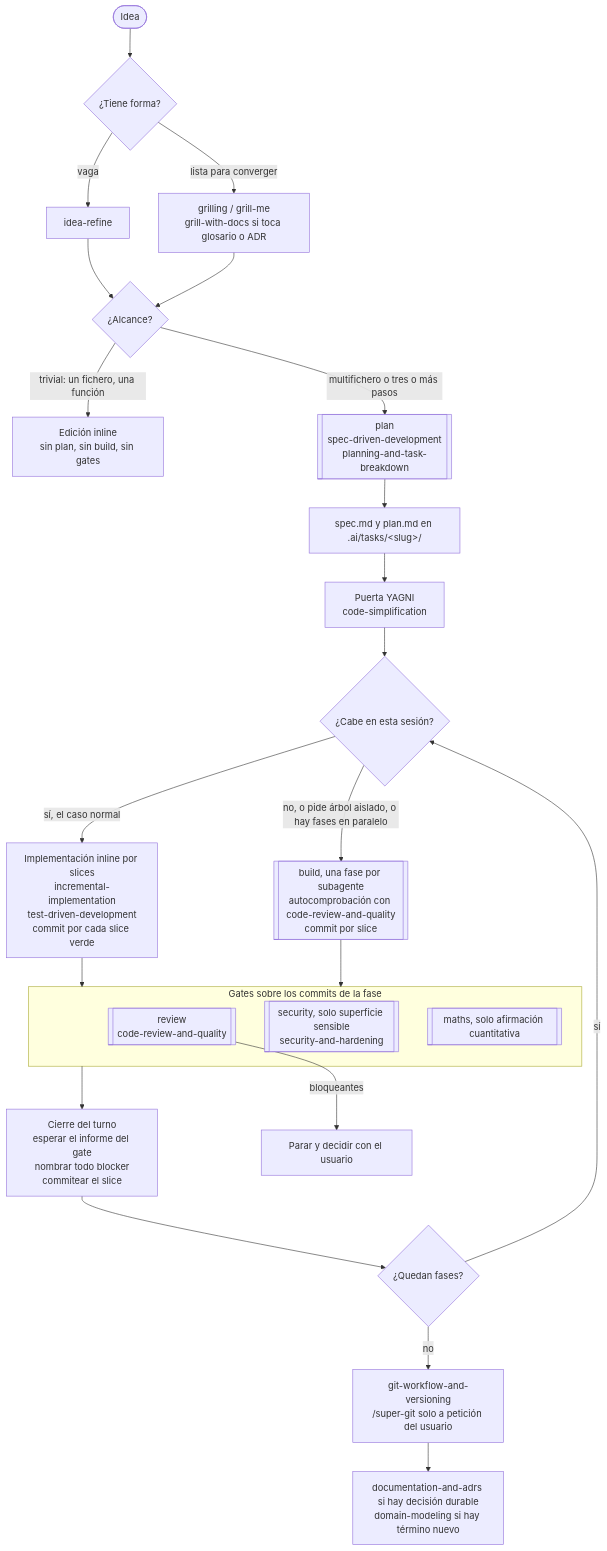
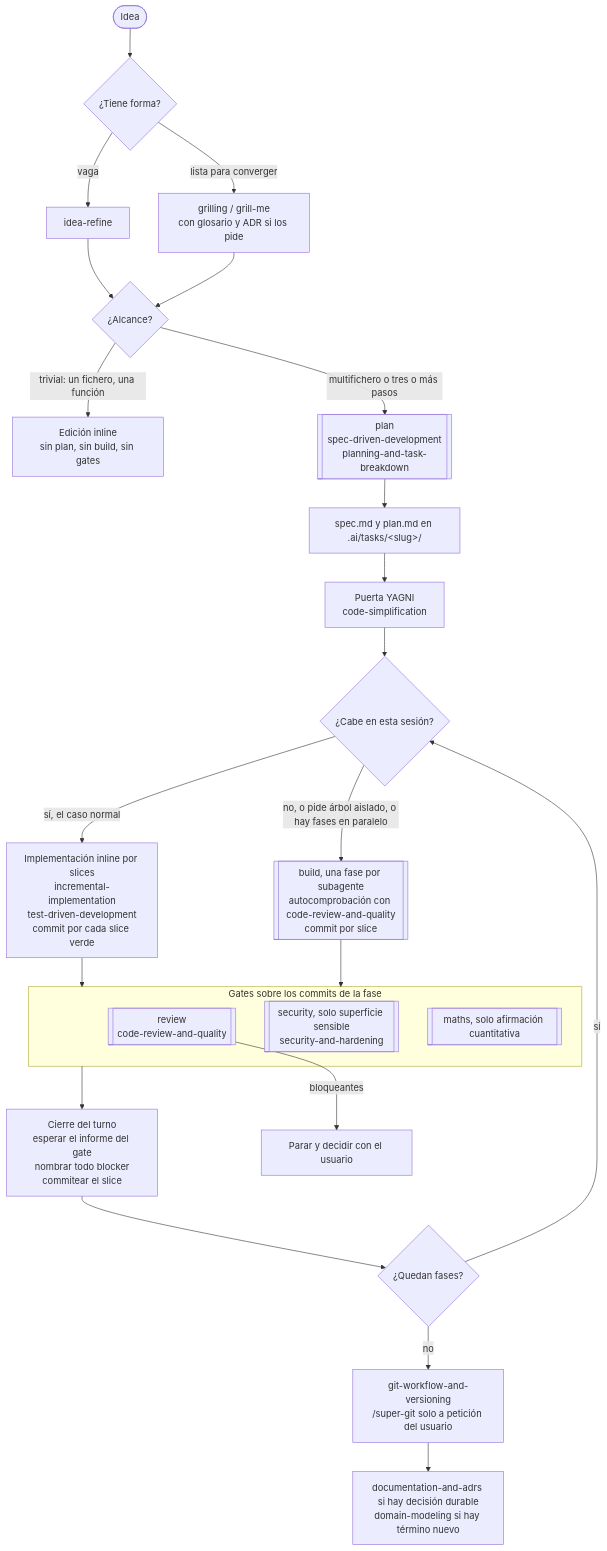
One commit to PabloCoello/dotmesh changed the diagram in docs/FLUJO-MAKER.md. Above: the diagram before and after it, drawn with Mermaid. The commit also changed 6 other files, not shown here.

First line of the commit message:
refactor(skills): integra grill-with-docs en grilling

````diff
--- a/docs/FLUJO-MAKER.md
+++ b/docs/FLUJO-MAKER.md
@@ -15,28 +15,28 @@
 ```mermaid
 flowchart TD
     idea(["Idea"]) --> forma{"¿Tiene forma?"}
     forma -->|vaga| refine["idea-refine"]
-    forma -->|lista para converger| grill["grilling / grill-me<br>grill-with-docs si toca glosario o ADR"]
+    forma -->|lista para converger| grill["grilling / grill-me<br>con glosario y ADR si los pide"]
     refine --> umbral
     grill --> umbral
     umbral{"¿Alcance?"} -->|"trivial: un fichero, una función"| inline["Edición inline<br>sin plan, sin build, sin gates"]
     umbral -->|multifichero o tres o más pasos| plansub[["plan<br>spec-driven-development<br>planning-and-task-breakdown"]]
     plansub --> plandisco["spec.md y plan.md en .ai/tasks/&lt;slug&gt;/"]
     plandisco --> yagni["Puerta YAGNI<br>code-simplification"]
     yagni --> cabe{"¿Cabe en esta sesión?"}
     cabe -->|sí, el caso normal| impl["Implementación inline por slices<br>incremental-implementation<br>test-driven-development<br>commit por cada slice verde"]
     cabe -->|"no, o pide árbol aislado, o hay fases en paralelo"| build[["build, una fase por subagente<br>autocomprobación con code-review-and-quality<br>commit por slice"]]
     impl --> gates
     build --> gates
     subgraph gates["Gates sobre los commits de la fase"]
         review[["review<br>code-review-and-quality"]]
         security[["security, solo superficie sensible<br>security-and-hardening"]]
         maths[["maths, solo afirmación cuantitativa"]]
     end
     gates --> cierre["Cierre del turno<br>esperar el informe del gate<br>nombrar todo blocker<br>commitear el slice"]
     review -->|bloqueantes| parar["Parar y decidir con el usuario"]
     cierre --> fases{"¿Quedan fases?"}
     fases -->|sí| cabe
     fases -->|no| gitfase["git-workflow-and-versioning<br>/super-git solo a petición del usuario"]
     gitfase --> docsfase["documentation-and-adrs si hay decisión durable<br>domain-modeling si hay término nuevo"]
 ```
````
